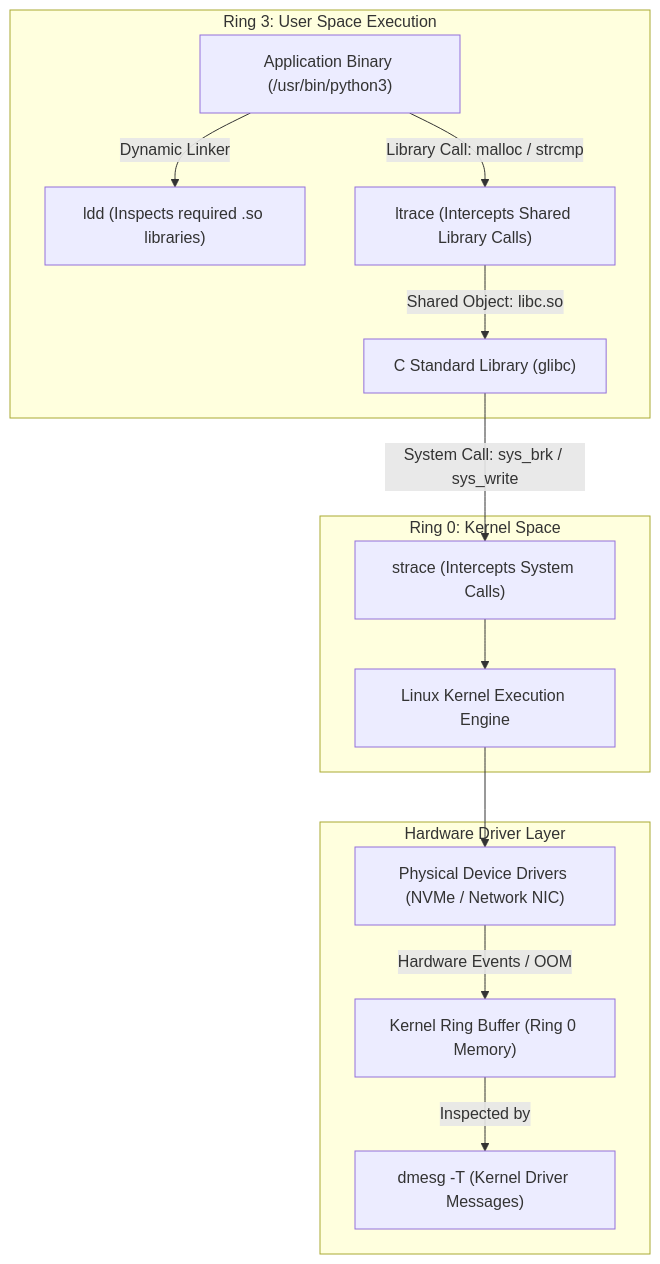
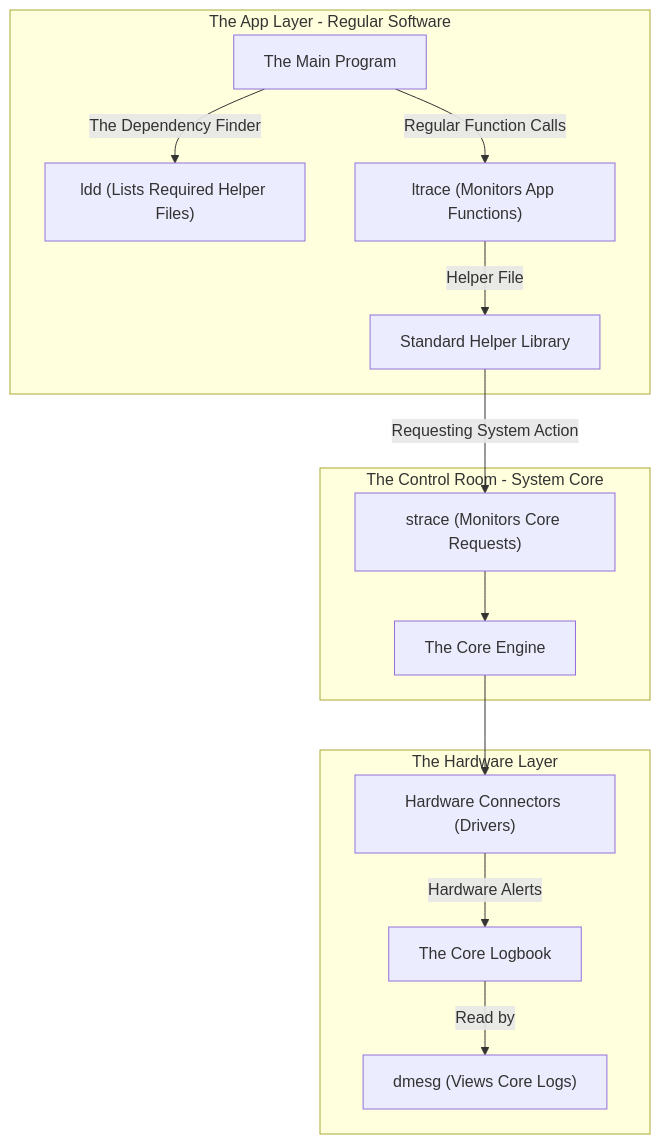
The diagram in website/pages/modules/module-03/lesson-05.md (aloysiuspattath/platform-engineering-ai-course), drawn with Mermaid before and after one commit. The commit also changed other lines of this file and 56 other files, not shown here.

Commit message:
refactor: simplify all architecture diagrams and explanations to layman's terms via AI subagent swarm

````diff
--- a/website/pages/modules/module-03/lesson-05.md
+++ b/website/pages/modules/module-03/lesson-05.md
@@ -85,19 +85,19 @@
 ```mermaid
 flowchart TD
-    subgraph Ring3_UserSpace [Ring 3: User Space Execution]
-        APP["Application Binary (/usr/bin/python3)"] -->|Dynamic Linker| LDD["ldd (Inspects required .so libraries)"]
-        APP -->|Library Call: malloc / strcmp| LTRACE["ltrace (Intercepts Shared Library Calls)"]
-        LTRACE -->|Shared Object: libc.so| LIBC["C Standard Library (glibc)"]
+    subgraph Ring3_UserSpace [The App Layer - Regular Software]
+        APP["The Main Program"] -->|The Dependency Finder| LDD["ldd (Lists Required Helper Files)"]
+        APP -->|Regular Function Calls| LTRACE["ltrace (Monitors App Functions)"]
+        LTRACE -->|Helper File| LIBC["Standard Helper Library"]
     end
 
-    subgraph Ring0_KernelSpace [Ring 0: Kernel Space]
-        LIBC -->|System Call: sys_brk / sys_write| STRACE["strace (Intercepts System Calls)"]
-        STRACE --> KERNEL["Linux Kernel Execution Engine"]
+    subgraph Ring0_KernelSpace [The Control Room - System Core]
+        LIBC -->|Requesting System Action| STRACE["strace (Monitors Core Requests)"]
+        STRACE --> KERNEL["The Core Engine"]
     end
 
-    subgraph PhysicalHW_DriverLayer [Hardware Driver Layer]
-        KERNEL --> DRIVERS["Physical Device Drivers (NVMe / Network NIC)"]
-        DRIVERS -->|Hardware Events / OOM | RINGBUF["Kernel Ring Buffer (Ring 0 Memory)"]
-        RINGBUF -->|Inspected by| DMESG["dmesg -T (Kernel Driver Messages)"]
+    subgraph PhysicalHW_DriverLayer [The Hardware Layer]
+        KERNEL --> DRIVERS["Hardware Connectors (Drivers)"]
+        DRIVERS -->|Hardware Alerts| RINGBUF["The Core Logbook"]
+        RINGBUF -->|Read by| DMESG["dmesg (Views Core Logs)"]
     end
 ```
````
